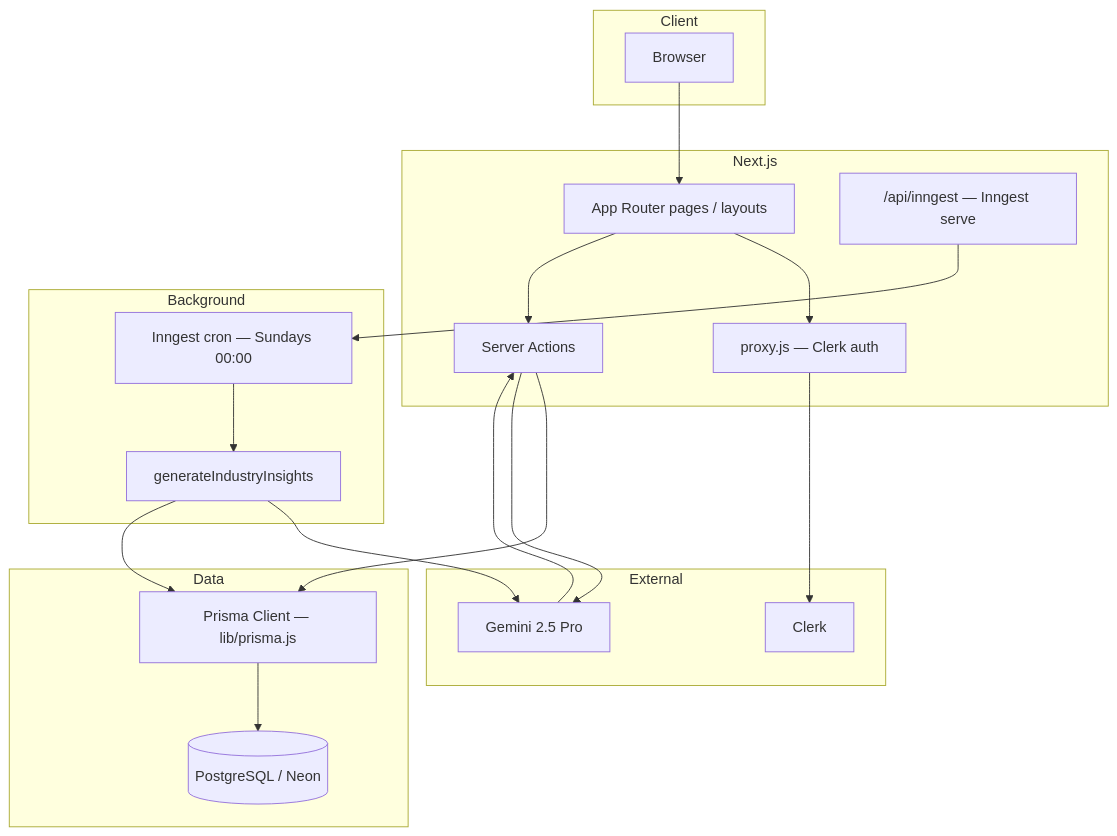
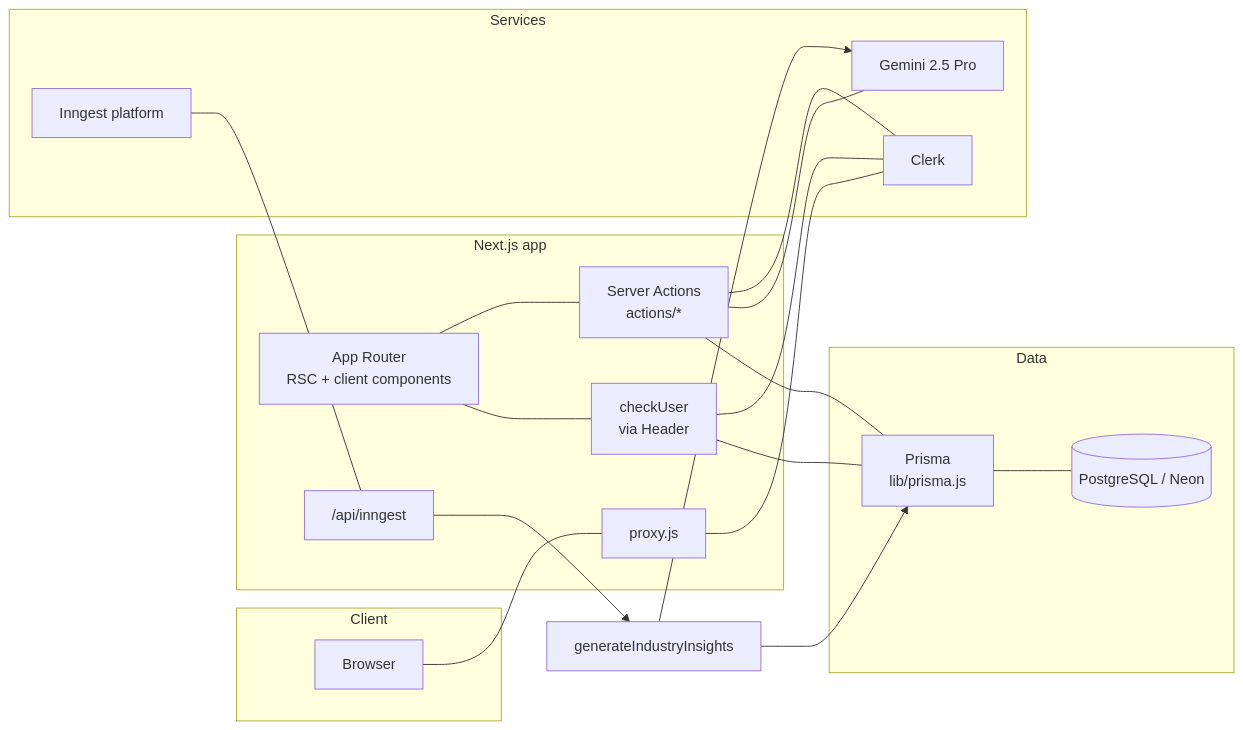
The first of 3 diagrams in README.md (Ahad9044/coach), drawn with Mermaid before and after one commit. The commit also changed other lines of this file, not shown here.

````diff
--- a/README.md
+++ b/README.md
@@ -54,41 +58,42 @@
 ```mermaid
-flowchart TD
+flowchart LR
     subgraph Client
-        A[Browser]
+        BR[Browser]
     end
 
-    subgraph Next.js
-        B[App Router pages / layouts]
-        C[Server Actions]
-        D[proxy.js — Clerk auth]
-        E["/api/inngest — Inngest serve"]
+    subgraph NextJS[Next.js app]
+        MW[proxy.js]
+        AR[App Router<br/>RSC + client components]
+        SA[Server Actions<br/>actions/*]
+        API["/api/inngest"]
+        CU[checkUser<br/>via Header]
     end
 
-    subgraph External
-        F[Clerk]
-        G[Gemini 2.5 Pro]
+    subgraph Services
+        CL[Clerk]
+        GM[Gemini 2.5 Pro]
+        ING[Inngest platform]
     end
 
     subgraph Data
-        H[(PostgreSQL / Neon)]
-        I[Prisma Client — lib/prisma.js]
+        PR[Prisma<br/>lib/prisma.js]
+        DB[(PostgreSQL / Neon)]
     end
 
-    subgraph Background
-        J[Inngest cron — Sundays 00:00]
-        K[generateIndustryInsights]
-    end
+    BR --- MW
+    MW --- CL
+    AR --- SA
+    AR --- CU
+    CU --- CL
+    CU --- PR
+    SA --- CL
+    SA --- GM
+    SA --- PR
+    ING --- API
+    PR --- DB
 
-    A --> B
-    B --> D
-    D --> F
-    B --> C
-    C --> I
-    I --> H
-    C --> G
-    G --> C
-    E --> J
-    J --> K
-    K --> G
-    K --> I
+    FN[generateIndustryInsights]
+    API --> FN
+    FN --> GM
+    FN --> PR
 ```
````
